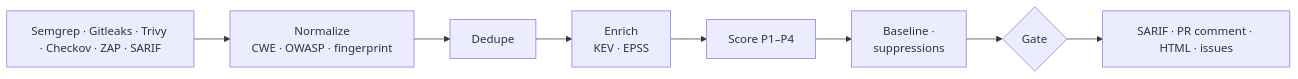
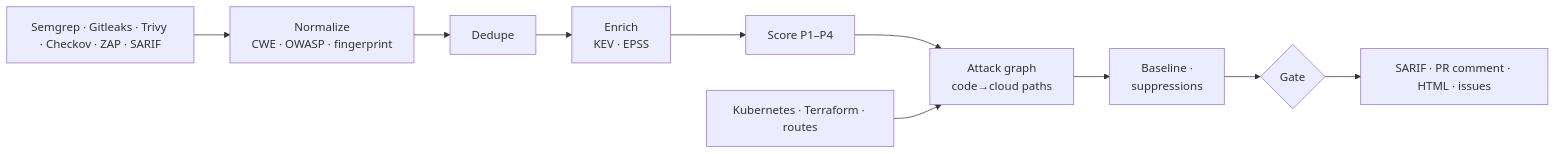
One commit to amoghnellutla/breachgraph changed the diagram in README.md. Above: the diagram before and after it, drawn with Mermaid. The commit also changed other lines of this file and 6 other files, not shown here.

First line of the commit message:
Docs: lead with attack-path analysis; attack-graph guide; demo README

````diff
--- a/README.md
+++ b/README.md
@@ -140,10 +181,10 @@
 ```mermaid
 flowchart LR
     A[Semgrep · Gitleaks · Trivy · Checkov · ZAP · SARIF] --> B[Normalize<br/>CWE · OWASP · fingerprint]
-    B --> C[Dedupe]
-    C --> D[Enrich<br/>KEV · EPSS]
-    D --> E[Score P1–P4]
-    E --> F[Baseline ·<br/>suppressions]
-    F --> G{Gate}
-    G --> H[SARIF · PR comment · HTML · issues]
+    B --> C[Dedupe] --> D[Enrich<br/>KEV · EPSS] --> E[Score P1–P4]
+    E --> G2[Attack graph<br/>code→cloud paths]
+    CFG[Kubernetes · Terraform · routes] --> G2
+    G2 --> F[Baseline ·<br/>suppressions]
+    F --> GATE{Gate}
+    GATE --> H[SARIF · PR comment · HTML · issues]
 ```
````
